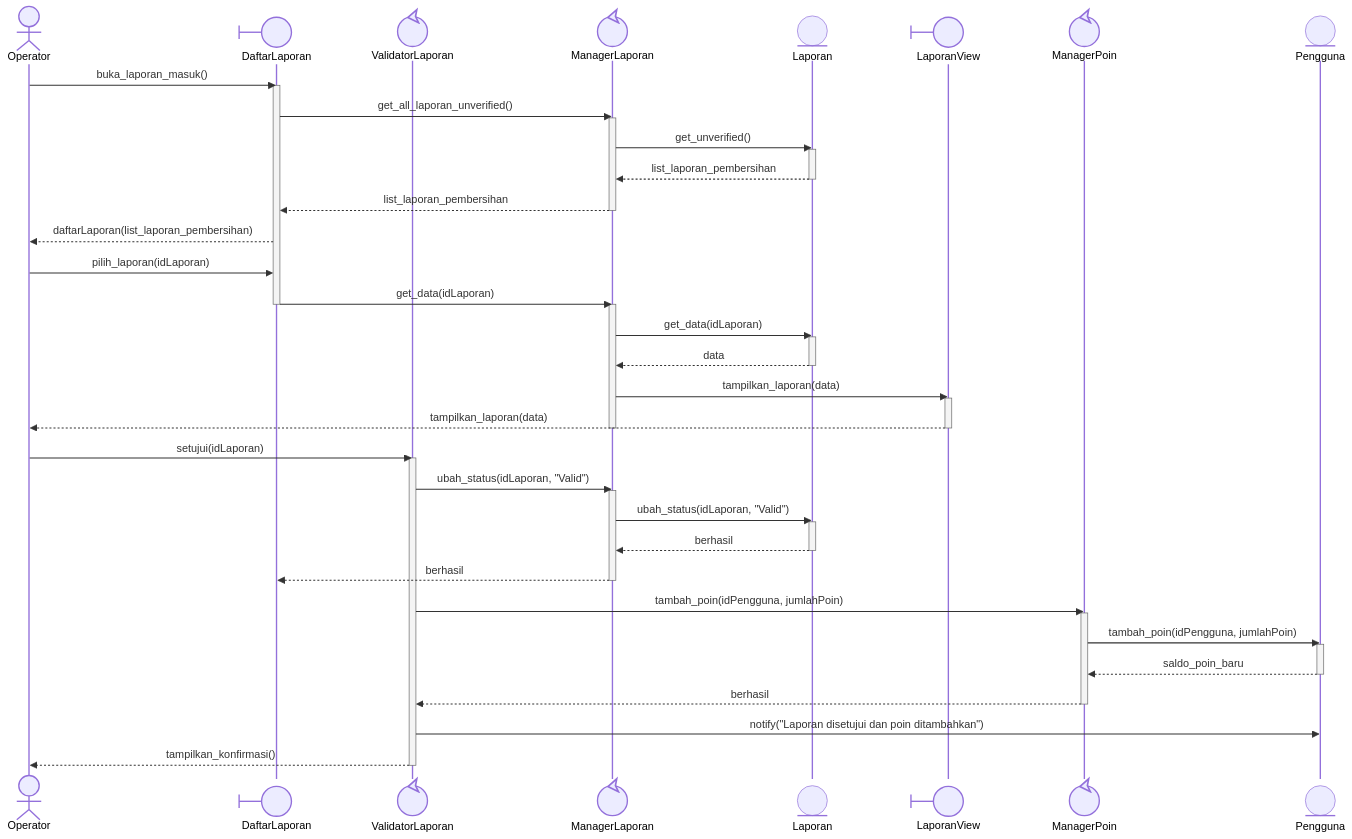
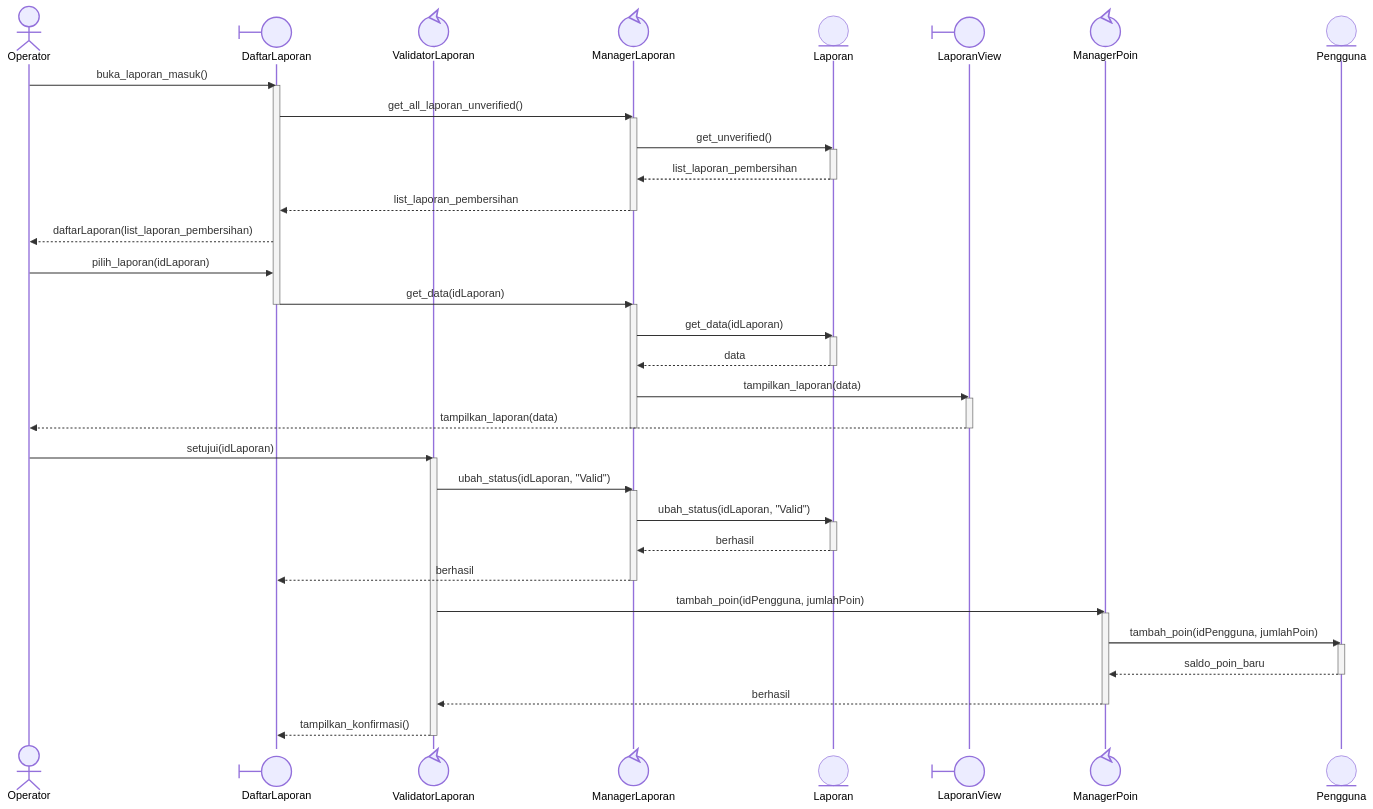
One commit to star-scripter/IF2150-RPL-K03-G02 changed diagram 19 of 28 in docs/M7/K03_G02_DPPL.md. Above: the diagram before and after it, drawn with Mermaid. The commit also changed other lines of this file, not shown here.

Commit message:
docs: fix seq diagram UC05 and UC06

````diff
--- a/docs/M7/K03_G02_DPPL.md
+++ b/docs/M7/K03_G02_DPPL.md
@@ -1061,61 +1061,60 @@
 ```mermaid
 %%{init: {'themeCSS': '.actor-line { stroke-dasharray: 4, 4; }'}}%%
 sequenceDiagram
     actor O as Operator
     participant DL@{"type":"boundary"} as DaftarLaporan
     participant VL@{"type":"control"} as ValidatorLaporan
     participant ML@{"type":"control"} as ManagerLaporan
     participant L@{"type":"entity"} as Laporan
     participant LV@{"type":"boundary"} as LaporanView
     participant MP@{"type":"control"} as ManagerPoin
     participant P@{"type":"entity"} as Pengguna
 
     O->>DL: buka_laporan_masuk()
     activate DL
     DL->>ML: get_all_laporan_unverified()
     activate ML
     ML->>L: get_unverified()
     activate L
     L-->>ML: list_laporan_pembersihan
     deactivate L
     ML-->>DL: list_laporan_pembersihan
     deactivate ML
     DL-->>O: daftarLaporan(list_laporan_pembersihan)
 
     O->>DL: pilih_laporan(idLaporan)
     DL->>ML: get_data(idLaporan)
     deactivate DL
     activate ML
     ML->>L: get_data(idLaporan)
     activate L
     L-->>ML: data
     deactivate L
     ML->>LV: tampilkan_laporan(data)
     activate LV
     LV-->>O: tampilkan_laporan(data)
     deactivate LV
     deactivate ML
 
     O->>VL: setujui(idLaporan)
     activate VL
     VL->>ML: ubah_status(idLaporan, "Valid")
     activate ML
     ML->>L: ubah_status(idLaporan, "Valid")
     activate L
     L-->>ML: berhasil
     deactivate L
     ML-->>DL: berhasil
     deactivate ML
 
     VL->>MP: tambah_poin(idPengguna, jumlahPoin)
     activate MP
     MP->>P: tambah_poin(idPengguna, jumlahPoin)
     activate P
     P-->>MP: saldo_poin_baru
     deactivate P
     MP-->>VL: berhasil
     deactivate MP
-    VL->>P: notify("Laporan disetujui dan poin ditambahkan")
-    VL-->>O: tampilkan_konfirmasi()
+    VL-->>DL: tampilkan_konfirmasi()
     deactivate VL
 ```
````
